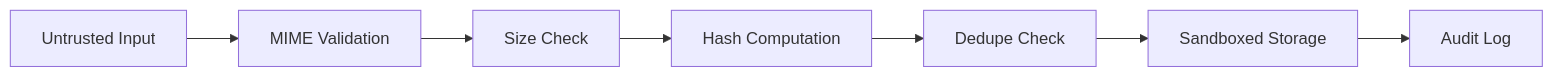
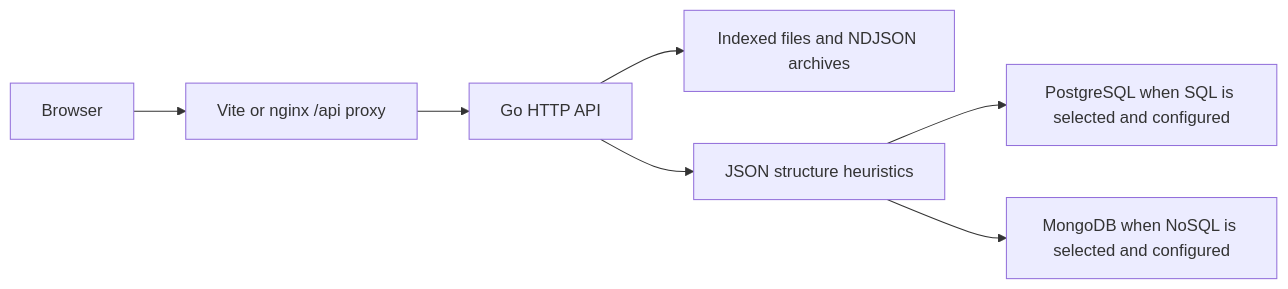
Before and after one commit to Muneer320/RhinoBox: the diagram in docs/ARCHITECTURE.md, drawn with Mermaid. The commit also changed other lines of this file and 9 other files, not shown here.

````diff
--- a/docs/ARCHITECTURE.md
+++ b/docs/ARCHITECTURE.md
@@ -442,9 +3,9 @@
 ```mermaid
 flowchart LR
-    A[Untrusted Input] --> B[MIME Validation]
-    B --> C[Size Check]
-    C --> D[Hash Computation]
-    D --> E[Dedupe Check]
-    E --> F[Sandboxed Storage]
-    F --> G[Audit Log]
+  Browser[Browser] --> Proxy[Vite or nginx /api proxy]
+  Proxy --> API[Go HTTP API]
+  API --> Files[Indexed files and NDJSON archives]
+  API --> Analyze[JSON structure heuristics]
+  Analyze --> Postgres[PostgreSQL when SQL is selected and configured]
+  Analyze --> Mongo[MongoDB when NoSQL is selected and configured]
 ```
````
